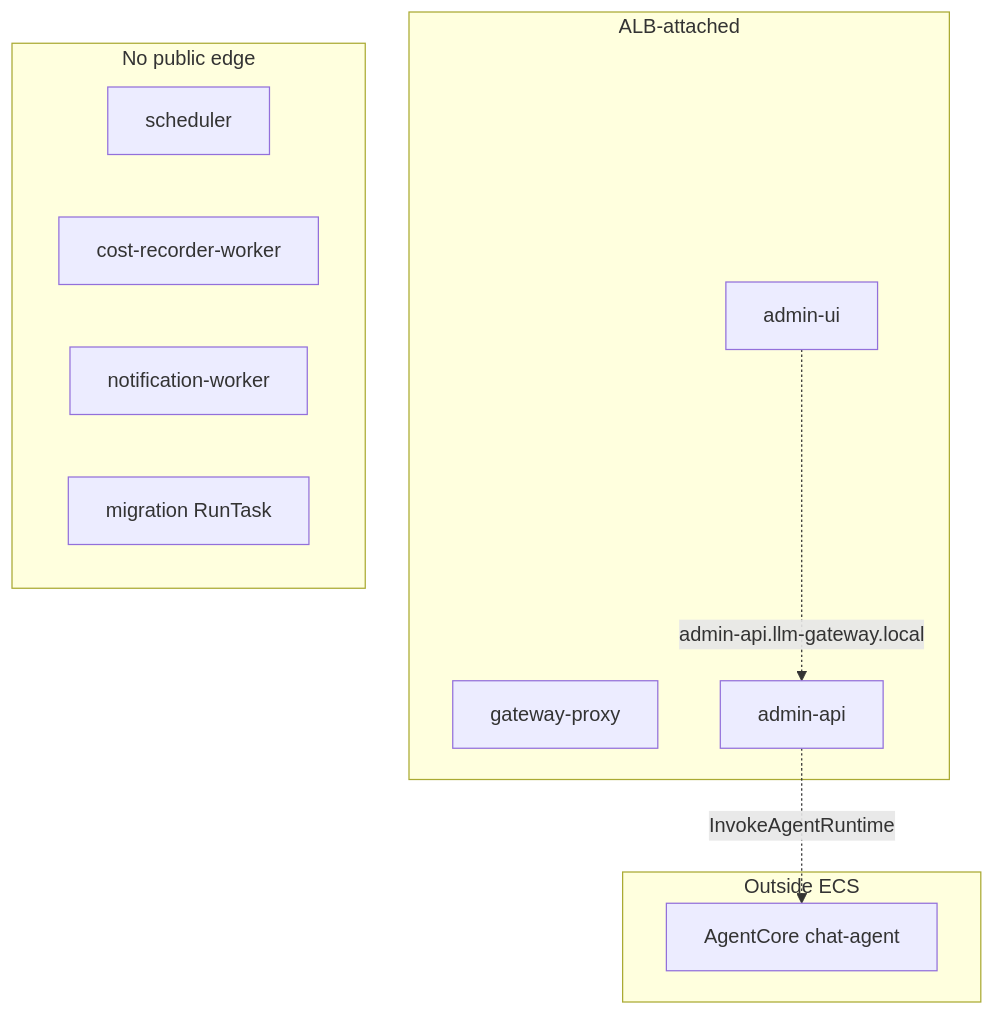
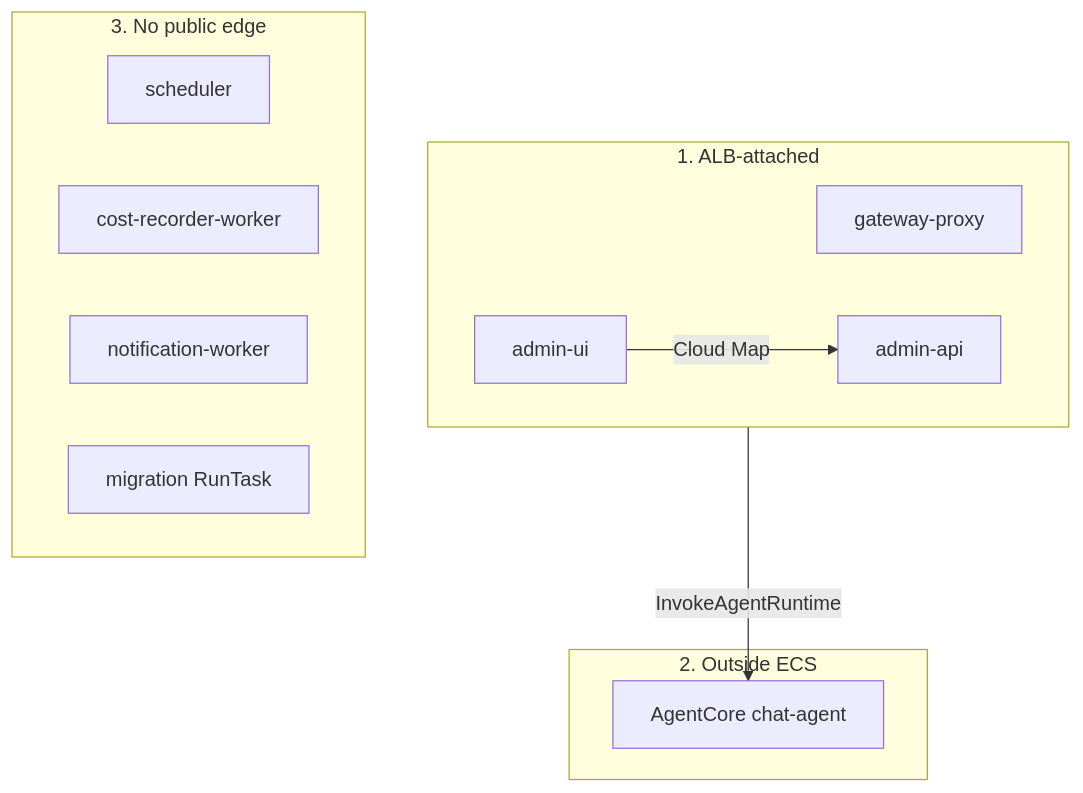
Before and after one commit to kyopark2014/llm-gateway: the second of 3 diagrams in README.md, drawn with Mermaid. The commit also changed other lines of this file, not shown here.

Commit message:
Docs: restack ECS workload diagram into vertical layers.
Render ALB services, AgentCore, and private workers top-to-bottom so the Mermaid layout stays readable on GitHub.

````diff
--- a/README.md
+++ b/README.md
@@ -108,22 +110,24 @@
 ```mermaid
 flowchart TB
-  subgraph public [ALB-attached]
+  subgraph alb ["1. ALB-attached"]
+    direction LR
     GW[gateway-proxy]
+    UI[admin-ui]
     API[admin-api]
-    UI[admin-ui]
   end
 
-  subgraph private [No public edge]
+  subgraph ext ["2. Outside ECS"]
+    AC[AgentCore chat-agent]
+  end
+
+  subgraph priv ["3. No public edge"]
+    direction LR
     SCH[scheduler]
     CR[cost-recorder-worker]
     NW[notification-worker]
     MIG[migration RunTask]
   end
 
-  subgraph external [Outside ECS]
-    AC[AgentCore chat-agent]
-  end
-
-  UI -.->|admin-api.llm-gateway.local| API
-  API -.->|InvokeAgentRuntime| AC
+  UI -->|Cloud Map| API
+  API -->|InvokeAgentRuntime| AC
 ```
````
